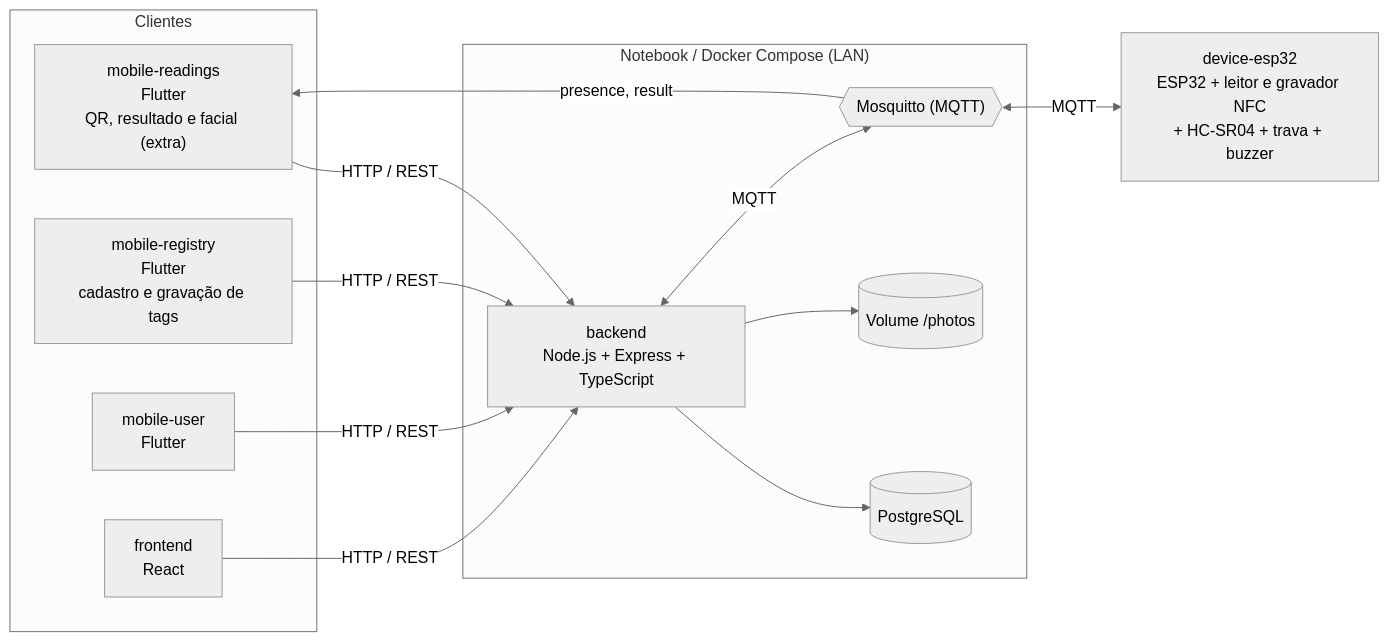
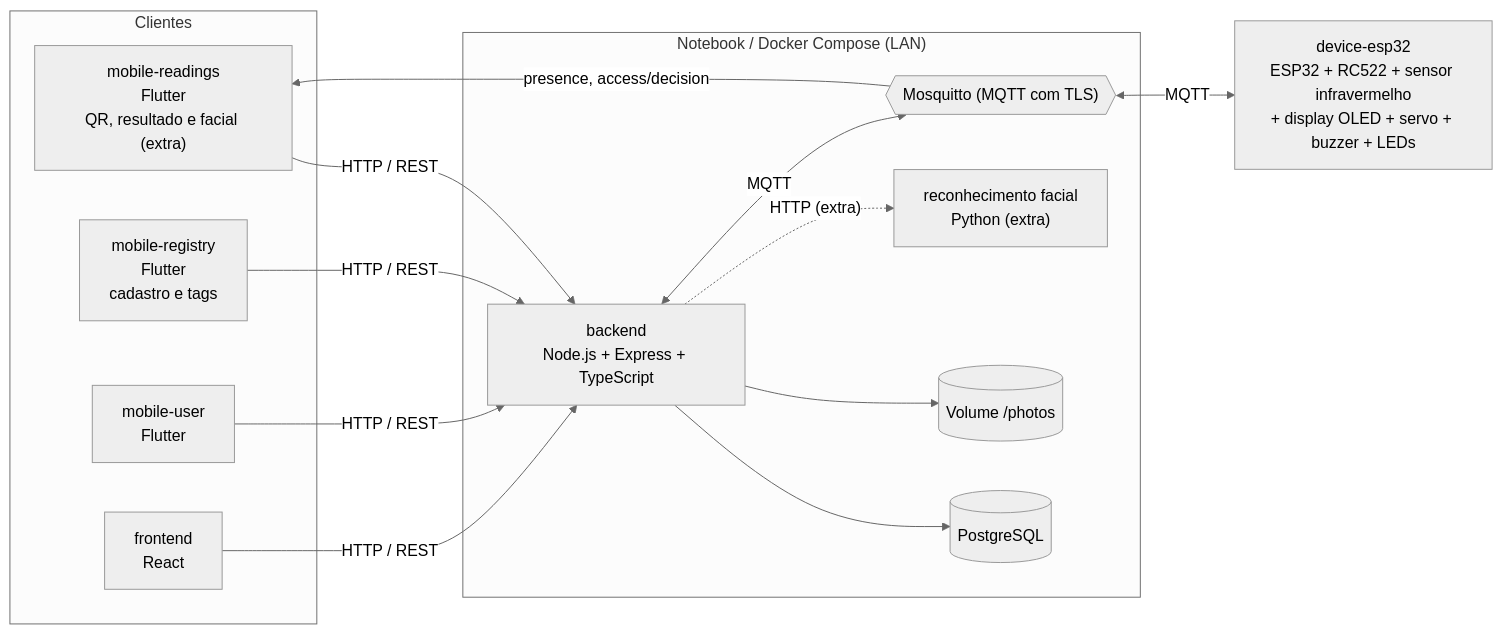
One commit to Helloworld-fatec/access-control changed the first of 5 diagrams in docs/arquitetura.md. Above: the diagram before and after it, drawn with Mermaid (neutral theme). The commit also changed other lines of this file and 3 other files, not shown here.

First line of the commit message:
docs(arquitetura): atualiza para o contrato MQTT v1, sensor infravermelho e display OLED

````diff
--- a/docs/arquitetura.md
+++ b/docs/arquitetura.md
@@ -27,23 +29,25 @@
 ```mermaid
 flowchart LR
   subgraph Clientes
     RD["mobile-readings<br/>Flutter<br/>QR, resultado e facial (extra)"]
-    RG["mobile-registry<br/>Flutter<br/>cadastro e gravação de tags"]
+    RG["mobile-registry<br/>Flutter<br/>cadastro e tags"]
     US["mobile-user<br/>Flutter"]
     FE["frontend<br/>React"]
   end
   subgraph Servidor["Notebook / Docker Compose (LAN)"]
     BE["backend<br/>Node.js + Express + TypeScript"]
     DB[("PostgreSQL")]
     PH[("Volume /photos")]
-    MQ{{"Mosquitto (MQTT)"}}
+    MQ{{"Mosquitto (MQTT com TLS)"}}
+    FR["reconhecimento facial<br/>Python (extra)"]
   end
-  ESP["device-esp32<br/>ESP32 + leitor e gravador NFC<br/>+ HC-SR04 + trava + buzzer"]
+  ESP["device-esp32<br/>ESP32 + RC522 + sensor infravermelho<br/>+ display OLED + servo + buzzer + LEDs"]
 
   RD & RG & US & FE -- "HTTP / REST" --> BE
   BE --> DB
   BE --> PH
+  BE -. "HTTP (extra)" .-> FR
   BE <-- "MQTT" --> MQ
   MQ <-- "MQTT" --> ESP
-  MQ -- "presence, result" --> RD
+  MQ -- "presence, access/decision" --> RD
 ```
````
